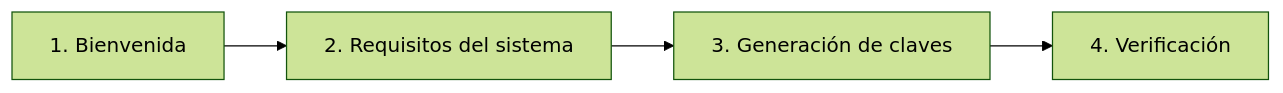
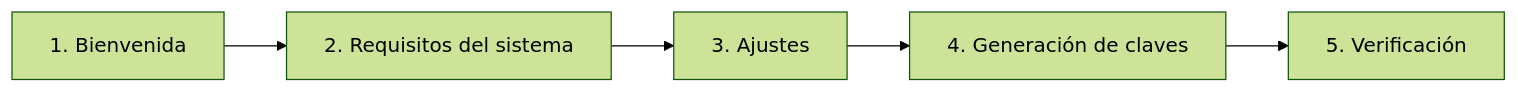
The diagram in docs/i18n/es/docusaurus-plugin-content-docs/current/getting-started/quick-start.md (andersonsalas/expressionlab), drawn with Mermaid (forest theme) before and after one commit. The commit also changed other lines of this file and 14 other files, not shown here.

````diff
--- a/docs/i18n/es/docusaurus-plugin-content-docs/current/getting-started/quick-start.md
+++ b/docs/i18n/es/docusaurus-plugin-content-docs/current/getting-started/quick-start.md
@@ -28,6 +28,7 @@
 ```mermaid
 graph LR
     A["1. Bienvenida"] --> B["2. Requisitos del sistema"]
-    B --> C["3. Generación de claves"]
-    C --> D["4. Verificación"]
+    B --> C["3. Ajustes"]
+    C --> D["4. Generación de claves"]
+    D --> E["5. Verificación"]
 ```
````
